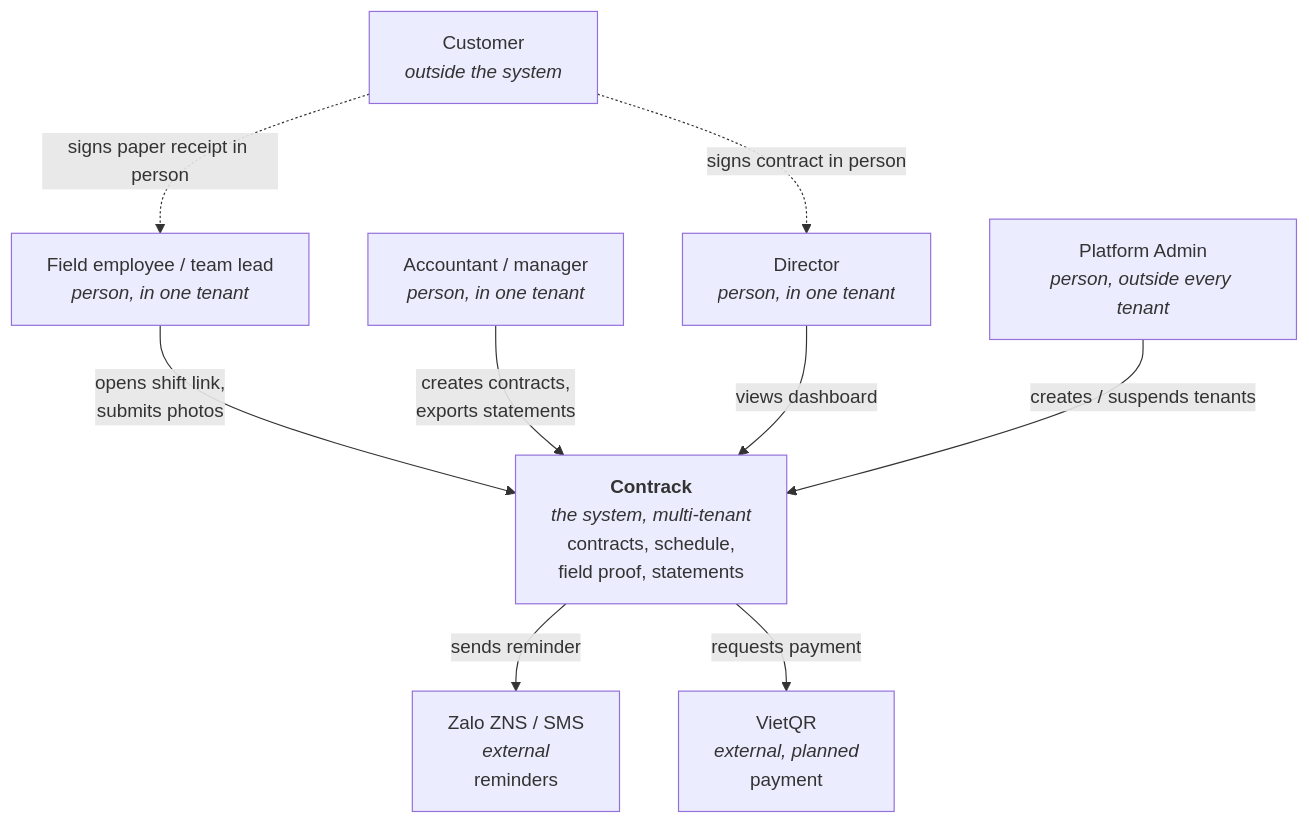
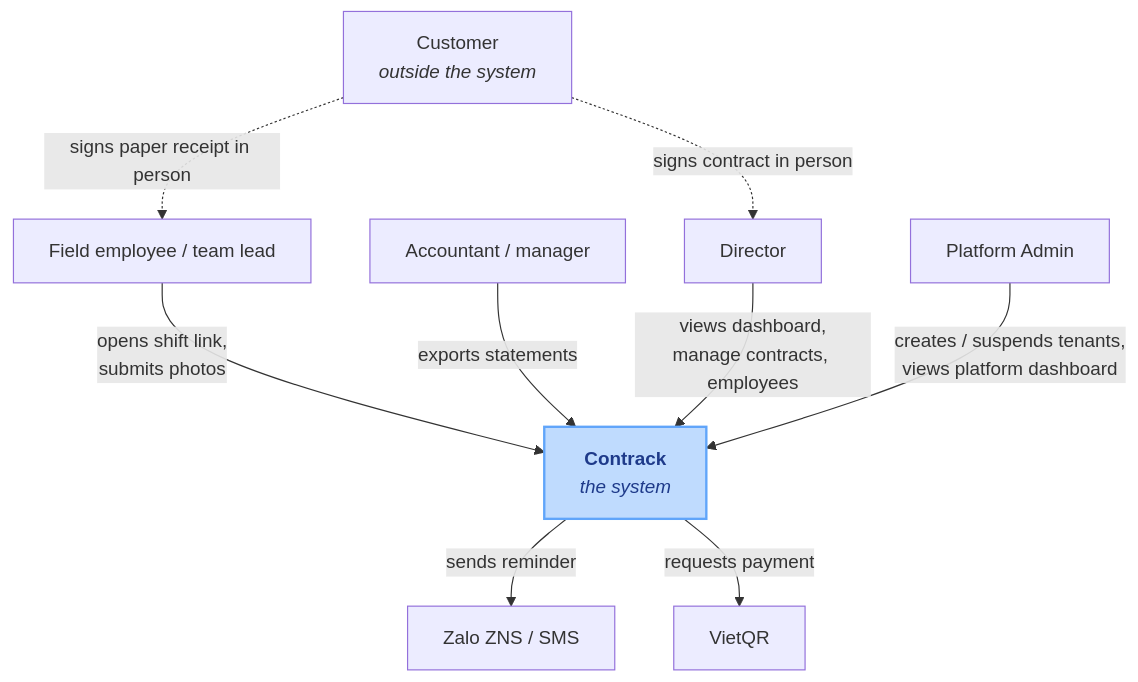
One commit to dDxCg/contrack changed the second of 10 diagrams in README.md. Above: the diagram before and after it, drawn with Mermaid. The commit also changed other lines of this file and 25 other files, not shown here.

Commit message:
resolve docs drift between erd, api and requirements, update repo layout. Fix employee hard delete to soft delete that match with requirements

````diff
--- a/README.md
+++ b/README.md
@@ -105,23 +105,25 @@
 ```mermaid
 flowchart TB
     customer["Customer<br/><i>outside the system</i>"]
-    employee["Field employee / team lead<br/><i>person, in one tenant</i>"]
-    accountant["Accountant / manager<br/><i>person, in one tenant</i>"]
-    director["Director<br/><i>person, in one tenant</i>"]
-    platformadmin["Platform Admin<br/><i>person, outside every tenant</i>"]
+    employee["Field employee / team lead"]
+    accountant["Accountant / manager"]
+    director["Director"]
+    platformadmin["Platform Admin"]
 
-    contrack["<b>Contrack</b><br/><i>the system, multi-tenant</i><br/>contracts, schedule,<br/>field proof, statements"]
+    contrack["<b>Contrack</b><br/><i>the system</i>"]:::system
 
-    zalo["Zalo ZNS / SMS<br/><i>external</i><br/>reminders"]
-    vietqr["VietQR<br/><i>external, planned</i><br/>payment"]
+    zalo["Zalo ZNS / SMS"]
+    vietqr["VietQR"]
 
     customer -.->|"signs contract in person"| director
     customer -.->|"signs paper receipt in person"| employee
     employee -->|"opens shift link,<br/>submits photos"| contrack
-    accountant -->|"creates contracts,<br/>exports statements"| contrack
-    director -->|"views dashboard"| contrack
-    platformadmin -->|"creates / suspends tenants"| contrack
+    accountant -->|"exports statements"| contrack
+    director -->|"views dashboard,<br/>manage contracts, employees"| contrack
+    platformadmin -->|"creates / suspends tenants,<br/>views platform dashboard"| contrack
 
     contrack -->|"sends reminder"| zalo
     contrack -->|"requests payment"| vietqr
+
+    classDef system fill:#bfdbfe,color:#1e3a8a,stroke:#60a5fa,stroke-width:2px
 ```
````
